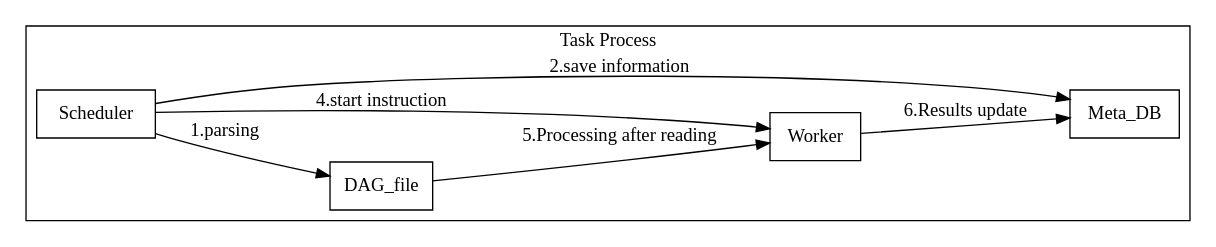
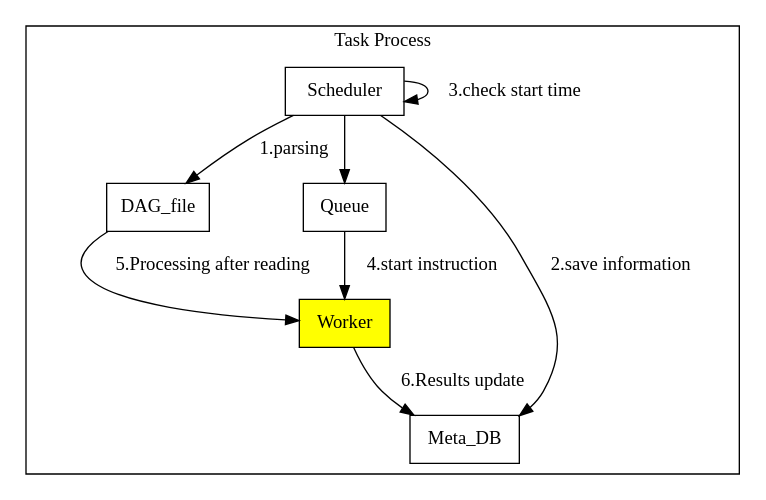
Before and after one commit to kmink3225/website: the second of 2 diagrams in docs/blog/posts/Engineering/airflow/03.operator_basic.qmd, drawn with Graphviz. The commit also changed other lines of this file and 19 other files, not shown here.

````diff
--- a/docs/blog/posts/Engineering/airflow/03.operator_basic.qmd
+++ b/docs/blog/posts/Engineering/airflow/03.operator_basic.qmd
@@ -69,20 +164,24 @@
 ```{dot}
+
 digraph G {
   compound=true;
-  rankdir=LR;
+  rankdir=TB;
   subgraph cluster0 {
     rankdir=TB;
     Scheduler [shape=box];
     DAG_file [shape=box];
-    Worker [shape=box];
+    Worker [shape=box, style=filled, fillcolor=yellow];
+    Queue [shape=box];
     Meta_DB [shape=box];
     label= "Task Process";
   }
 
   Scheduler -> DAG_file [label="1.parsing"];
   Scheduler -> Meta_DB [label="2.save information"];
-  Scheduler -> Worker [label="4.start instruction"];
+  Scheduler -> Scheduler [label="3.check start time"];
+  Scheduler -> Queue;
+  Queue -> Worker [label="4.start instruction"];
   DAG_file -> Worker [label="5.Processing after reading"];
   Worker -> Meta_DB [label="6.Results update"];
 }
 ```
````
